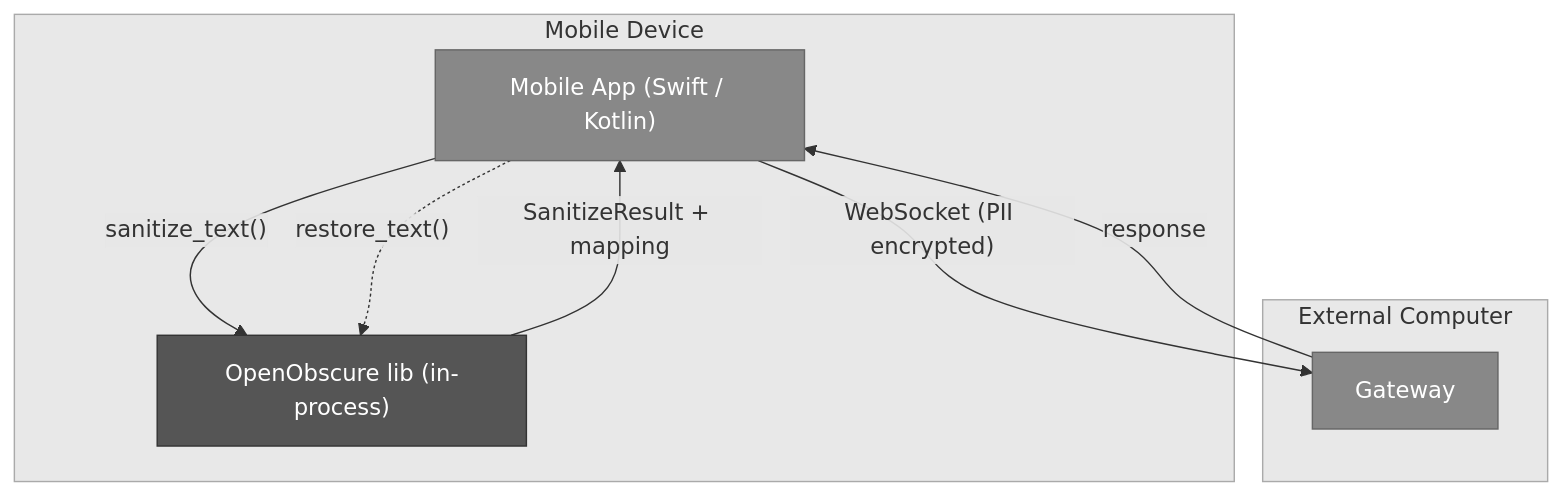
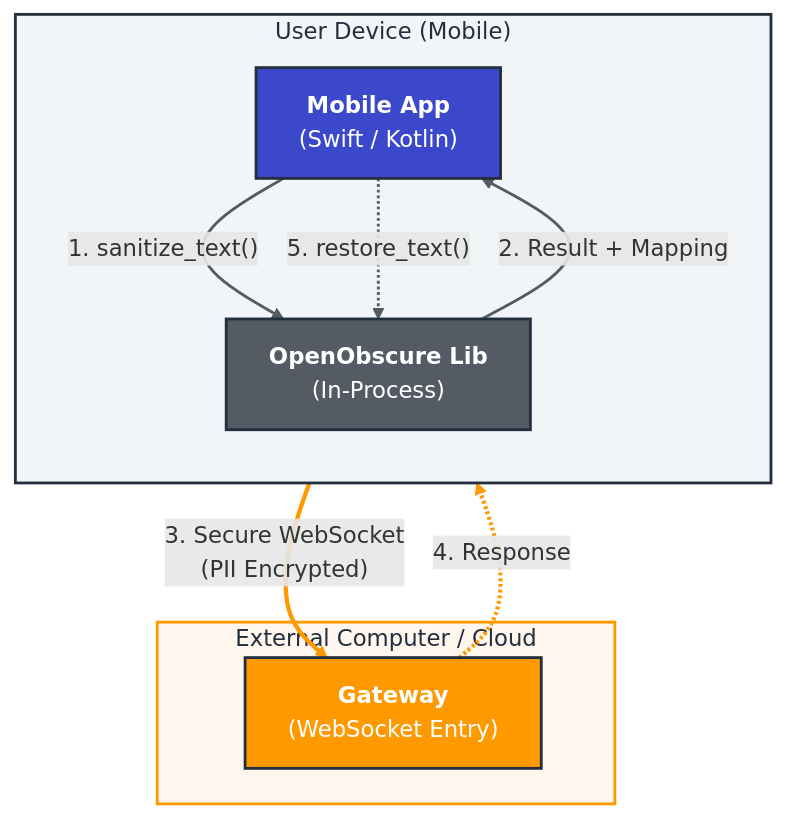
Before and after one commit to OpenObscure/OpenObscure: the second of 5 diagrams in README.md, drawn with Mermaid. The commit also changed other lines of this file and 3 other files, not shown here.

First line of the commit message:
Apply consistent color palette across all mermaid diagrams

````diff
--- a/README.md
+++ b/README.md
@@ -43,23 +70,41 @@
 ```mermaid
 flowchart TB
-    subgraph phone ["Mobile Device"]
-        app["Mobile App (Swift / Kotlin)"]
-        lib["OpenObscure lib (in-process)"]
-        app -- "sanitize_text()" --> lib
-        lib -- "SanitizeResult + mapping" --> app
+    %% Direction and Layout
+    direction TB
+
+    subgraph UserDevice [" User Device (Mobile) "]
+        direction TB
+        app["<b>Mobile App</b><br/>(Swift / Kotlin)"]
+        lib["<b>OpenObscure Lib</b><br/>(In-Process)"]
+        
+        %% Internal logic
+        app -- "1. sanitize_text()" --> lib
+        lib -- "2. Result + Mapping" --> app
     end
 
-    app -- "WebSocket (PII encrypted)" --> gw
-    gw -- "response" --> app
-    app -. "restore_text()" .-> lib
-
-    subgraph remote ["External Computer"]
-        gw["Gateway"]
+    subgraph Cloud [" External Computer / Cloud "]
+        gw["<b>Gateway</b><br/>(WebSocket Entry)"]
     end
 
-    style phone fill:#e8e8e8,stroke:#aaa,color:#333
-    style app fill:#888,stroke:#666,color:#fff
-    style lib fill:#555,stroke:#333,color:#fff
-    style remote fill:#e8e8e8,stroke:#aaa,color:#333
-    style gw fill:#888,stroke:#666,color:#fff
+    %% Network Connections
+    app == "3. Secure WebSocket<br/>(PII Encrypted)" ==> gw
+    gw -. "4. Response" .-> app
+    
+    %% Final local step
+    app -. "5. restore_text()" .-> lib
+
+    %% --- AWS STYLE STYLING ---
+    
+    %% Device Styling (AWS Blue/Grey tones)
+    style UserDevice fill:#f2f5f7,stroke:#232F3E,stroke-width:2px,color:#232F3E
+    style app fill:#3b48cc,stroke:#232F3E,stroke-width:2px,color:#fff
+    style lib fill:#545b64,stroke:#232F3E,stroke-width:2px,color:#fff
+
+    %% Cloud Styling (AWS Orange tones)
+    style Cloud fill:#fff7ed,stroke:#ff9900,stroke-width:2px,color:#232F3E
+    style gw fill:#ff9900,stroke:#232F3E,stroke-width:2px,color:#fff
+
+    %% Link Styling
+    linkStyle 0,1,4 stroke:#545b64,stroke-width:2px
+    linkStyle 2,3 stroke:#ff9900,stroke-width:3px
 ```
````
